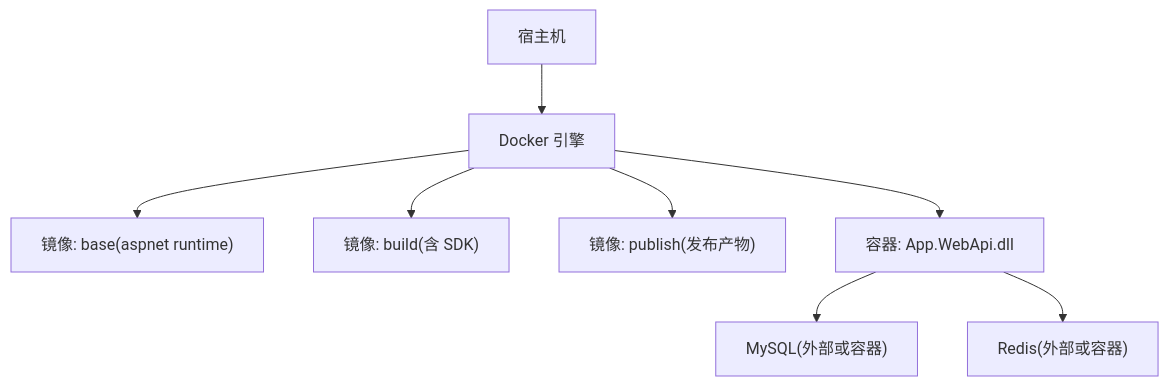
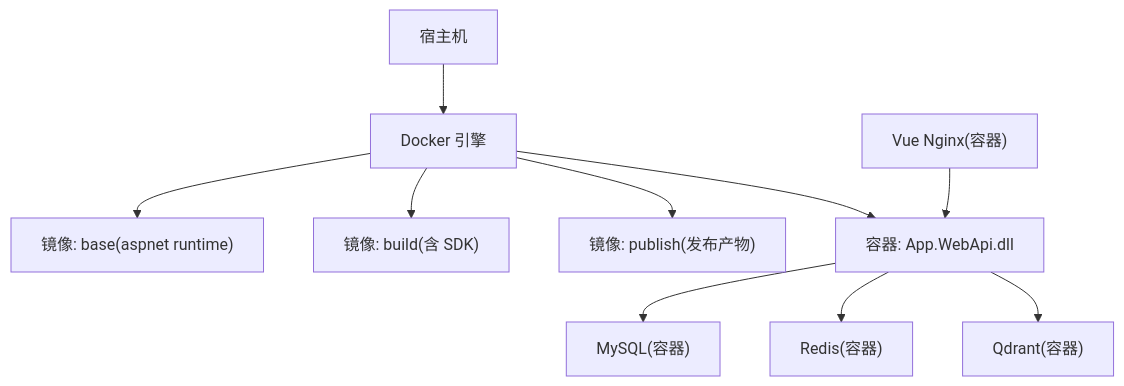
One commit to junkai-li/NetCoreKevin changed the first of 5 diagrams in .qoder/repowiki/zh/content/部署运维/Docker容器化部署.md. Above: the diagram before and after it, drawn with Mermaid. The commit also changed other lines of this file and 54 other files, not shown here.

````diff
--- a/.qoder/repowiki/zh/content/部署运维/Docker容器化部署.md
+++ b/.qoder/repowiki/zh/content/部署运维/Docker容器化部署.md
@@ -36,10 +44,12 @@
 ```mermaid
 graph TB
 A["宿主机"] --> B["Docker 引擎"]
 B --> C["镜像: base(aspnet runtime)"]
 B --> D["镜像: build(含 SDK)"]
 B --> E["镜像: publish(发布产物)"]
 B --> F["容器: App.WebApi.dll"]
-F --> G["MySQL(外部或容器)"]
-F --> H["Redis(外部或容器)"]
+F --> G["MySQL(容器)"]
+F --> H["Redis(容器)"]
+F --> I["Qdrant(容器)"]
+J["Vue Nginx(容器)"] --> F
 ```
````
